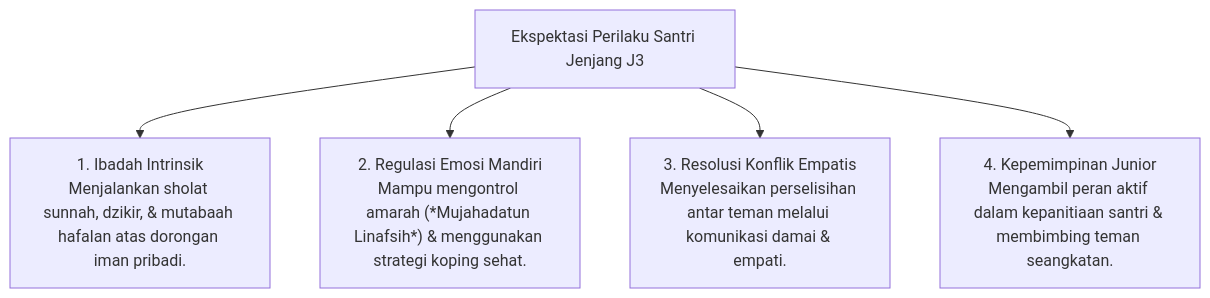
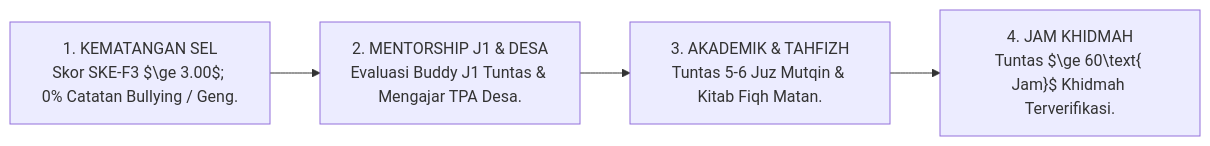
Before and after one commit to wandiapriliyandi/tumbuh: the seventh of 7 diagrams in 04 Progression Framework/02 Development Levels/P4-02-03-Jenjang-J3-Internalisasi-Nilai-dan-SEL.md, drawn with Mermaid. The commit also changed other lines of this file and 7 other files, not shown here.

````diff
--- a/04 Progression Framework/02 Development Levels/P4-02-03-Jenjang-J3-Internalisasi-Nilai-dan-SEL.md
+++ b/04 Progression Framework/02 Development Levels/P4-02-03-Jenjang-J3-Internalisasi-Nilai-dan-SEL.md
@@ -20,8 +195,7 @@
 ```mermaid
-graph TD
-    T3_Expect["Ekspektasi Perilaku Santri Jenjang J3"]
-    T3_Expect --> Devotion["1. Ibadah Intrinsik<br/>Menjalankan sholat sunnah, dzikir, & mutabaah hafalan atas dorongan iman pribadi."]
-    T3_Expect --> SEL3["2. Regulasi Emosi Mandiri<br/>Mampu mengontrol amarah (*Mujahadatun Linafsih*) & menggunakan strategi koping sehat."]
-    T3_Expect --> Conflict3["3. Resolusi Konflik Empatis<br/>Menyelesaikan perselisihan antar teman melalui komunikasi damai & empati."]
-    T3_Expect --> Organ3["4. Kepemimpinan Junior<br/>Mengambil peran aktif dalam kepanitiaan santri & membimbing teman seangkatan."]
+flowchart LR
+    G1["1. KEMATANGAN SEL<br/>Skor SKE-F3 $\ge 3.00$; 0% Catatan Bullying / Geng."]
+    --> G2["2. MENTORSHIP J1 & DESA<br/>Evaluasi Buddy J1 Tuntas & Mengajar TPA Desa."]
+    --> G3["3. AKADEMIK & TAHFIZH<br/>Tuntas 5-6 Juz Mutqin & Kitab Fiqh Matan."]
+    --> G4["4. JAM KHIDMAH<br/>Tuntas $\ge 60\text{ Jam}$ Khidmah Terverifikasi."]
 ```
````
